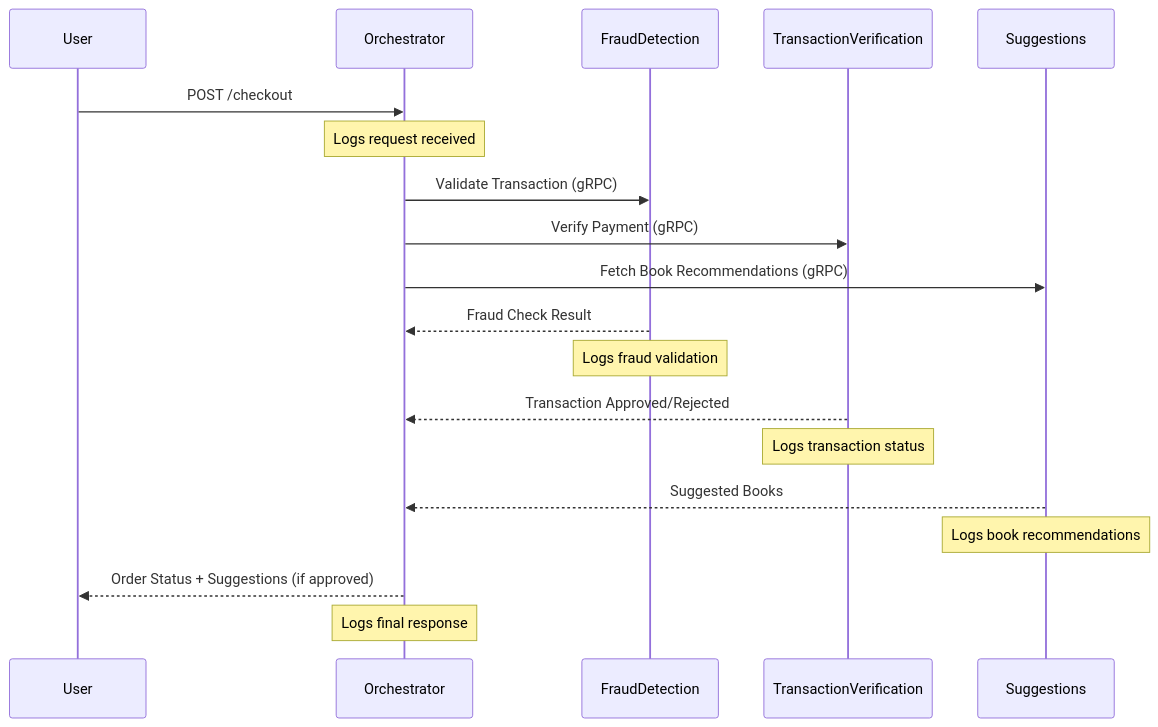
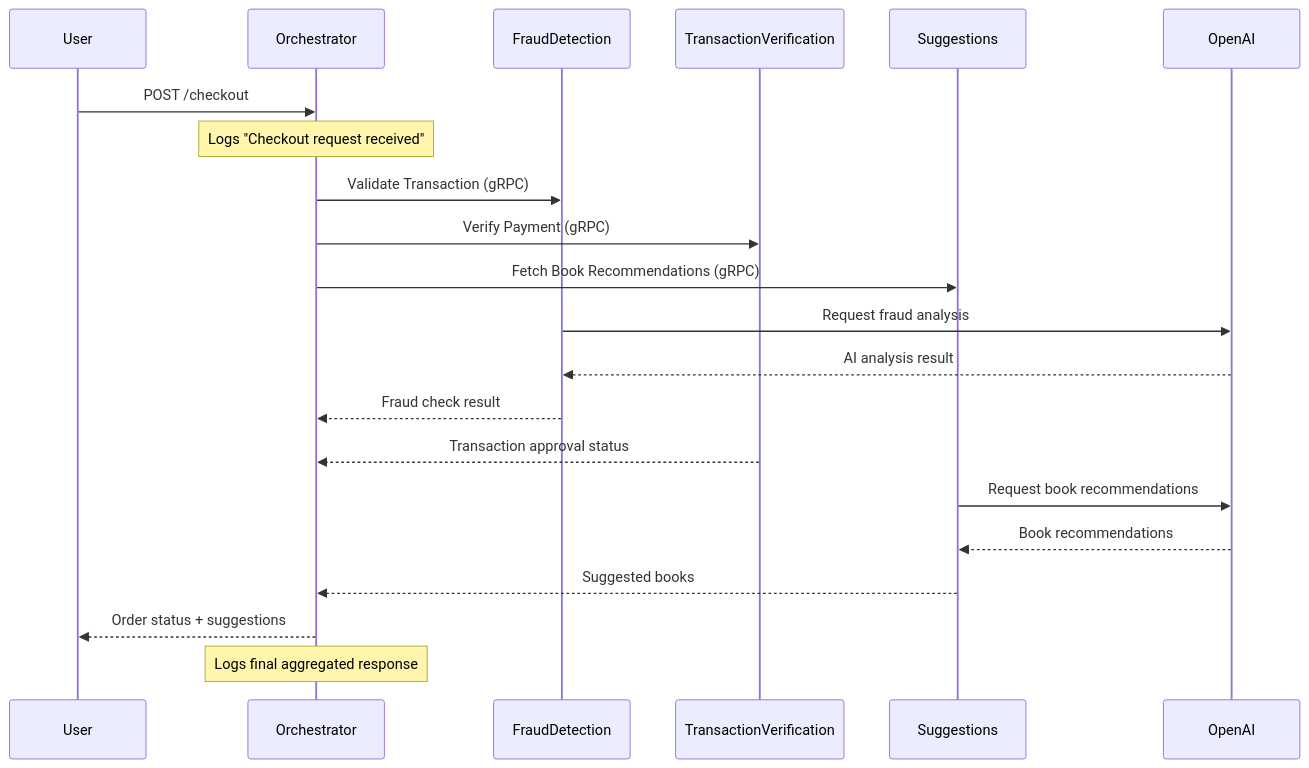
One commit to ahmedwael19/ds-practice-2025 changed the first of 2 diagrams in docs/README.md. Above: the diagram before and after it, drawn with Mermaid. The commit also changed other lines of this file, not shown here.

Commit message:
made the AI more robust + more verification and better docs

````diff
--- a/docs/README.md
+++ b/docs/README.md
@@ -149,24 +176,28 @@
 ```mermaid
 sequenceDiagram
     participant User
     participant Orchestrator
     participant FraudDetection
     participant TransactionVerification
     participant Suggestions
-    
+    participant OpenAI
+
     User->>Orchestrator: POST /checkout
-    Note over Orchestrator: Logs request received
+    Note over Orchestrator: Logs "Checkout request received"
     Orchestrator->>FraudDetection: Validate Transaction (gRPC)
     Orchestrator->>TransactionVerification: Verify Payment (gRPC)
     Orchestrator->>Suggestions: Fetch Book Recommendations (gRPC)
     
-    FraudDetection-->>Orchestrator: Fraud Check Result
-    Note over FraudDetection: Logs fraud validation
-    TransactionVerification-->>Orchestrator: Transaction Approved/Rejected
-    Note over TransactionVerification: Logs transaction status
-    Suggestions-->>Orchestrator: Suggested Books
-    Note over Suggestions: Logs book recommendations
+    FraudDetection->>OpenAI: Request fraud analysis
+    OpenAI-->>FraudDetection: AI analysis result
+    FraudDetection-->>Orchestrator: Fraud check result
     
-    Orchestrator-->>User: Order Status + Suggestions (if approved)
-    Note over Orchestrator: Logs final response
+    TransactionVerification-->>Orchestrator: Transaction approval status
+     
+    Suggestions->>OpenAI: Request book recommendations
+    OpenAI-->>Suggestions: Book recommendations
+    Suggestions-->>Orchestrator: Suggested books
+    
+    Orchestrator-->>User: Order status + suggestions
+    Note over Orchestrator: Logs final aggregated response
 ```
````
